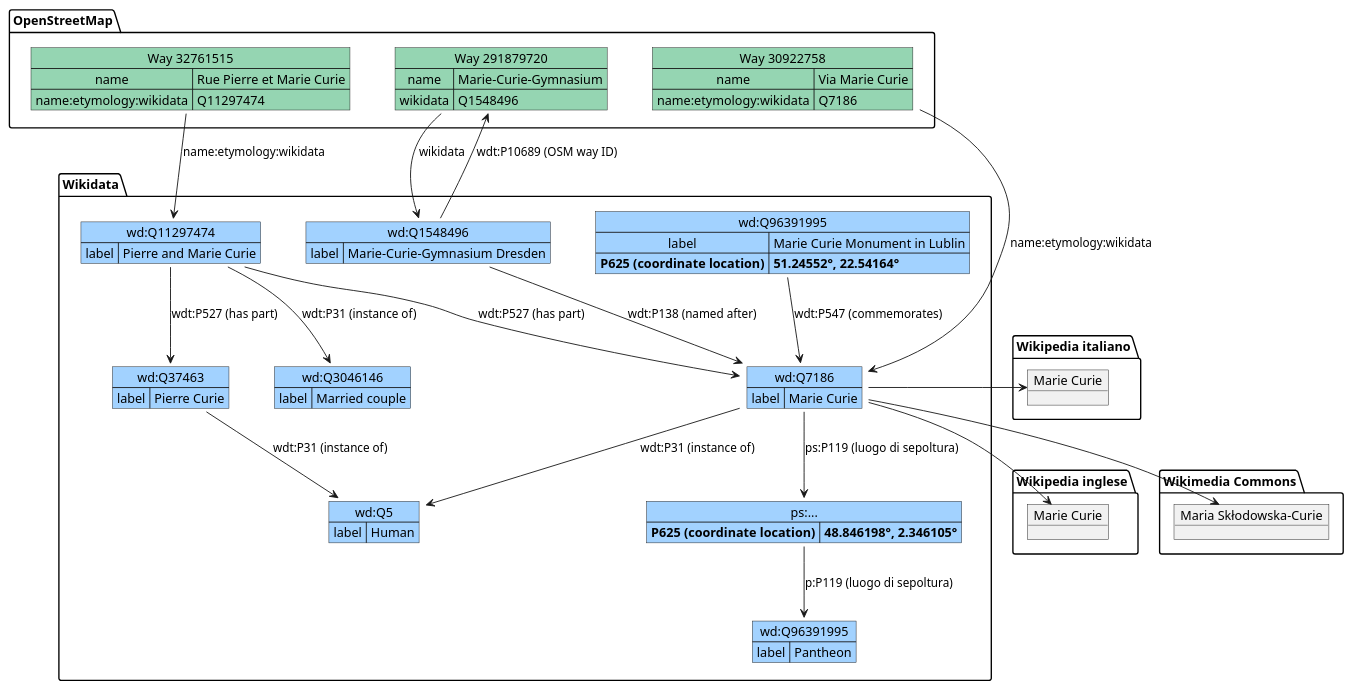
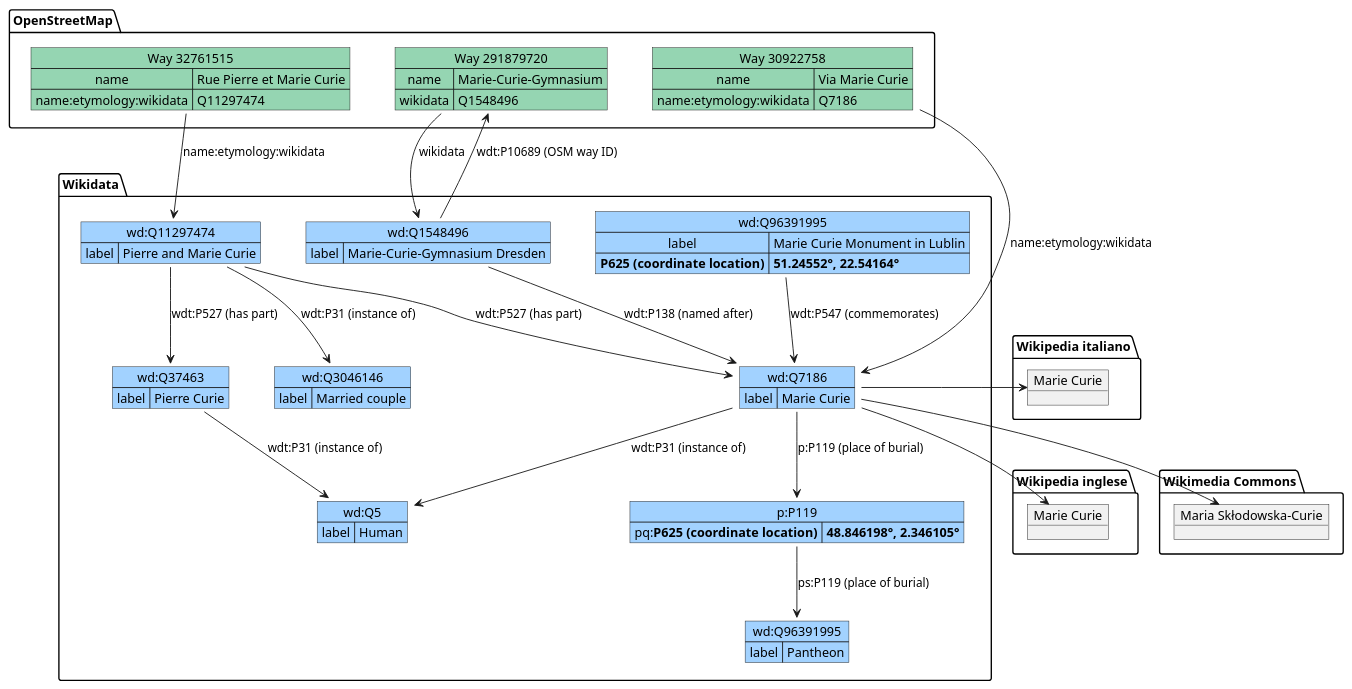
The diagram in images/data/overview.plantuml (Danysan1/osm-wikidata-map-framework), drawn with PlantUML before and after one commit. The commit also changed 13 other files, not shown here.

```diff
--- a/images/data/overview.plantuml
+++ b/images/data/overview.plantuml
@@ -1,91 +1,91 @@
 @startuml overview
 
 package OpenStreetMap {
     map "Way 32761515" as osm_g #95d5b2 {
         name => Rue Pierre et Marie Curie
         name:etymology:wikidata => Q11297474
     }
 
     map "Way 30922758" as osm_c #95d5b2 {
         name => Via Marie Curie
         name:etymology:wikidata => Q7186
     }
 
     map "Way 291879720" as osm_d #95d5b2 {
         name => Marie-Curie-Gymnasium
         wikidata => Q1548496
     }
 }
 
 package Wikidata {
     map "wd:Q7186" as wd_a #a2d2ff {
         label => Marie Curie
     }
     map "wd:Q37463" as wd_b #a2d2ff {
         label => Pierre Curie
     }
     map "wd:Q11297474" as wd_c #a2d2ff {
         label => Pierre and Marie Curie
     }
 
     map "wd:Q1548496" as wd_d #a2d2ff {
         label => Marie-Curie-Gymnasium Dresden
     }
 
     map "wd:Q5" as wd_e #a2d2ff {
         label => Human
     }
 
     map "wd:Q3046146" as wd_f #a2d2ff {
         label => Married couple
     }
 
     map "wd:Q96391995" as wd_g #a2d2ff {
         label => Marie Curie Monument in Lublin
         **P625 (coordinate location)** => **51.24552°, 22.54164°**
     }
 
-    map "ps:..." as wd_h #a2d2ff {
-        **P625 (coordinate location)** => **48.846198°, 2.346105°**
+    map "p:P119" as wd_h #a2d2ff {
+        pq:**P625 (coordinate location)** => **48.846198°, 2.346105°**
     }
     map "wd:Q96391995" as wd_i #a2d2ff {
         label => Pantheon
     }
 }
 
 package "Wikipedia italiano" {
     object "Marie Curie" as itwiki_a
 }
 
 package "Wikipedia inglese" {
     object "Marie Curie" as enwiki_a
 }
 
 package "Wikimedia Commons" {
     object "Maria Skłodowska-Curie" as commons_a
 }
 
 osm_c --> wd_a : name:etymology:wikidata
 osm_d --> wd_d : wikidata
 osm_g --> wd_c : name:etymology:wikidata
 
 wd_g --> wd_a : wdt:P547 (commemorates)
 
 wd_d --> osm_d : wdt:P10689 (OSM way ID)
 wd_d --> wd_a : wdt:P138 (named after)
 
 wd_c --> wd_a : wdt:P527 (has part)
 wd_c --> wd_b : wdt:P527 (has part)
 
 wd_a --> wd_e : wdt:P31 (instance of)
 wd_b --> wd_e : wdt:P31 (instance of)
 wd_c --> wd_f : wdt:P31 (instance of)
 
-wd_a --> wd_h : ps:P119 (luogo di sepoltura)
-wd_h --> wd_i : p:P119 (luogo di sepoltura)
+wd_a --> wd_h : p:P119 (place of burial)
+wd_h --> wd_i : ps:P119 (place of burial)
 
 wd_a -> itwiki_a
 wd_a --> enwiki_a
 wd_a --> commons_a
 
 @enduml
```
